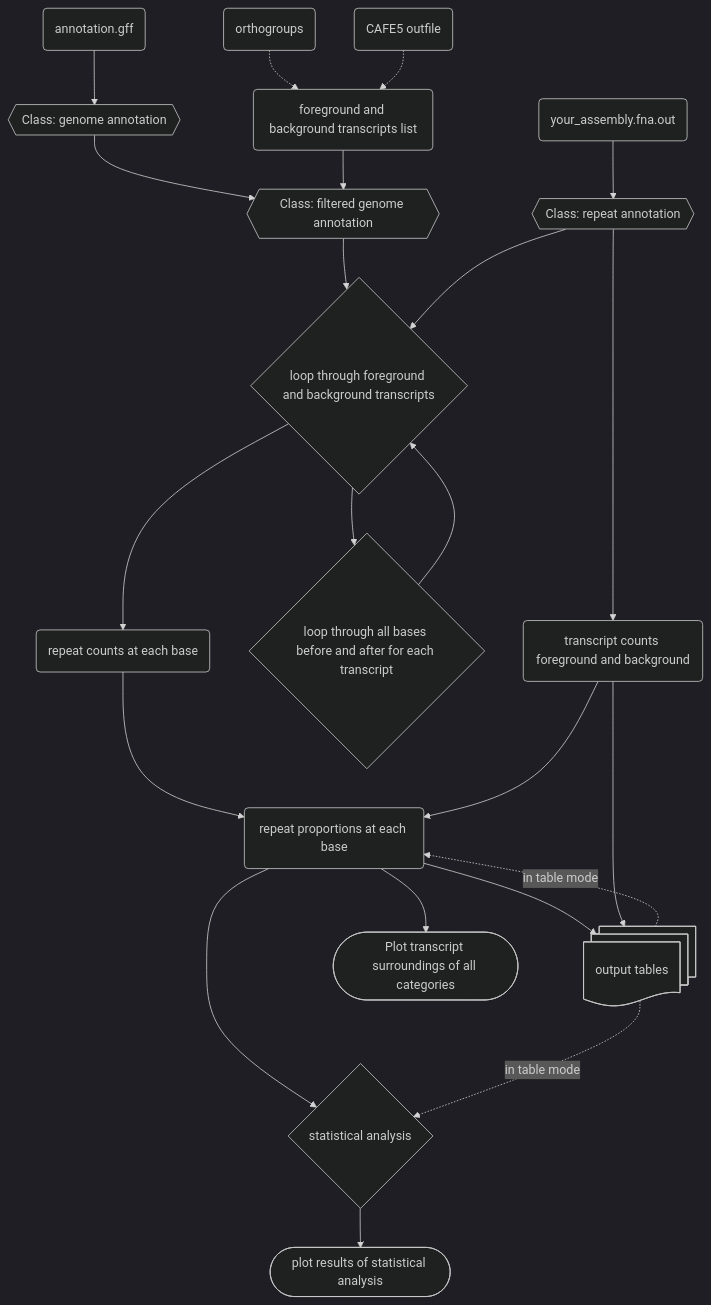
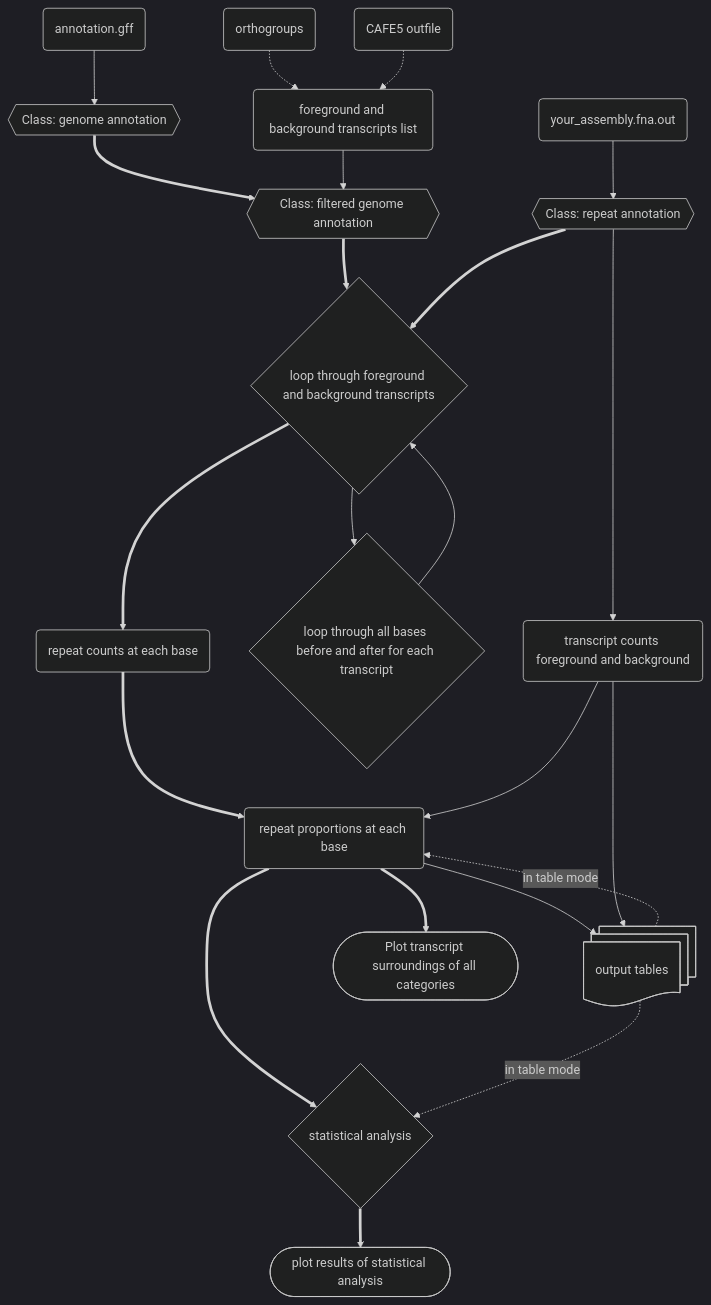
One commit to milena-t/ReVis changed the second of 2 diagrams in README.md. Above: the diagram before and after it, drawn with Mermaid (dark theme).

Commit message:
update mermaid

````diff
--- a/README.md
+++ b/README.md
@@ -269,39 +269,39 @@
 ```mermaid
 graph TD;
     infile_out(your_assembly.fna.out);
     infile_out --> rep_annot{{Class: repeat annotation}};
     rep_annot --> tr_count(transcript counts foreground and background);
 
     infile_annot(annotation.gff);
     infile_annot --> gene_annot{{Class: genome annotation}};
 
     OGs(orthogroups);
     CAFE(CAFE5 outfile);
 
     OGs -.-> tr_list(foreground and background transcripts list);
     CAFE -.-> tr_list
 
-    gene_annot --> filt_gene_annot{{Class: filtered genome annotation}};
+    gene_annot ==> filt_gene_annot{{Class: filtered genome annotation}};
     tr_list --> filt_gene_annot
     
-    filt_gene_annot --> loop_tr{loop through foreground and background transcripts};
-    rep_annot --> loop_tr
+    filt_gene_annot ==> loop_tr{loop through foreground and background transcripts};
+    rep_annot ==> loop_tr
     loop_bp{loop through all bases before and after for each transcript};
     loop_tr --> loop_bp
     loop_bp --> loop_tr
 
-    loop_tr --> rep_counts(repeat counts at each base);
-    rep_counts --> rep_prop(repeat proportions at each base);
+    loop_tr ==> rep_counts(repeat counts at each base);
+    rep_counts ==> rep_prop(repeat proportions at each base);
     tr_count --> rep_prop
 
     rep_prop --> out_tab@{ shape: docs, label: "output tables" };
     tr_count --> out_tab
 
-    rep_prop --> stats{statistical analysis};
-    rep_prop --> plot_all([Plot transcript surroundings of all categories])
+    rep_prop ==> stats{statistical analysis};
+    rep_prop ==> plot_all([Plot transcript surroundings of all categories])
 
-    stats --> stats_out([plot results of statistical analysis]) 
+    stats ==> stats_out([plot results of statistical analysis]) 
 
     out_tab -. in table mode .-> stats
     out_tab -. in table mode .-> rep_prop
 ```   
````
